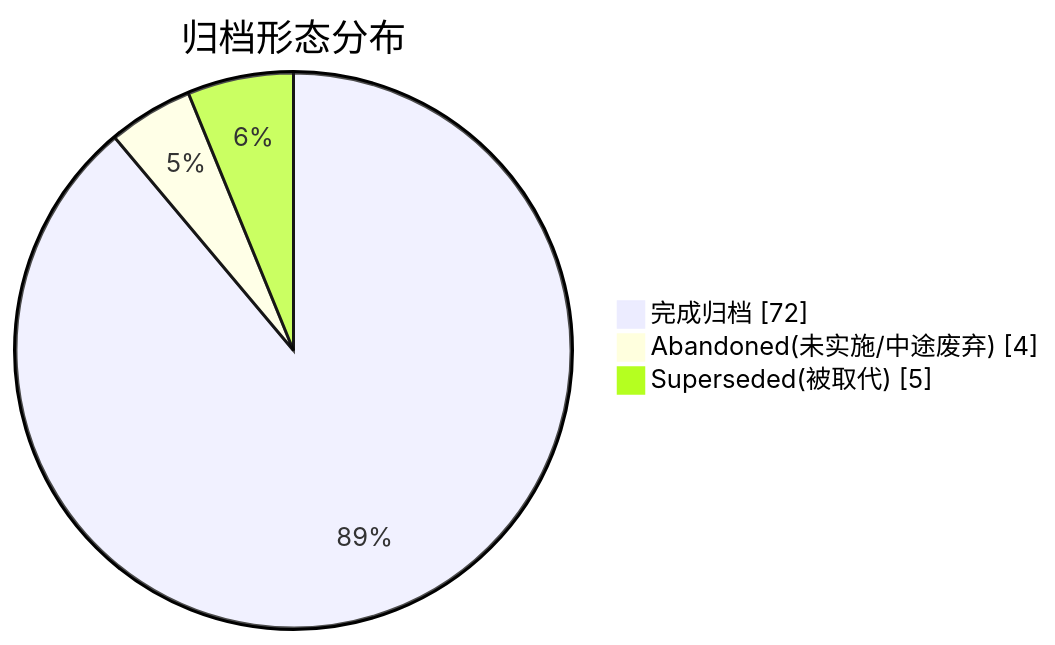
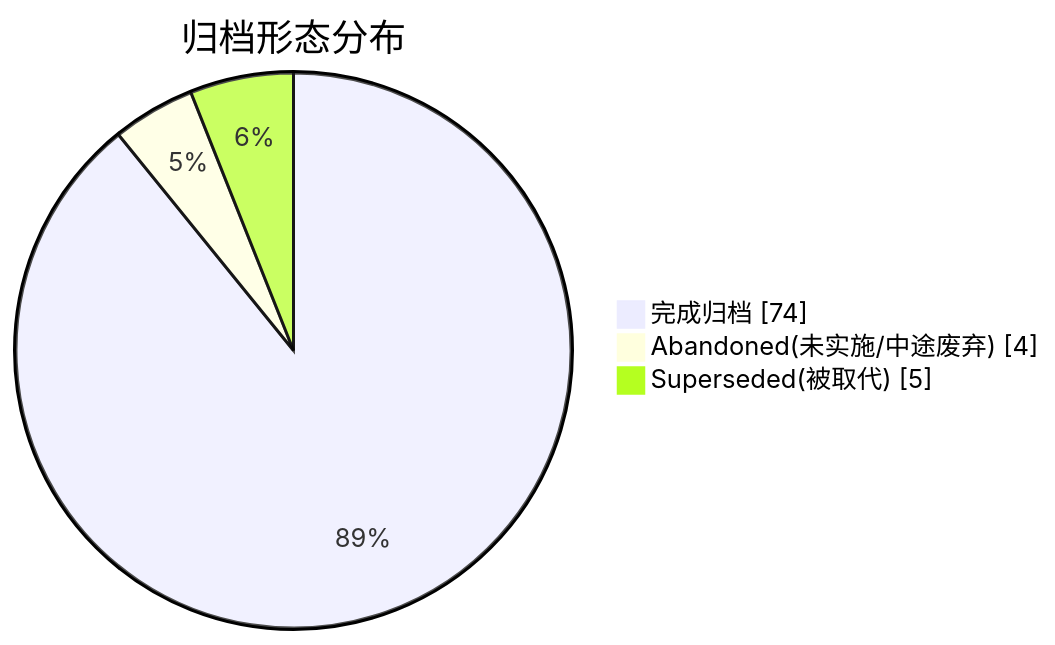
The second of 2 diagrams in docs/superpowers/ARCHIVE.md (golddream-y/obsidian-ratel), drawn with Mermaid before and after one commit. The commit also changed other lines of this file and 21 other files, not shown here.

````diff
--- a/docs/superpowers/ARCHIVE.md
+++ b/docs/superpowers/ARCHIVE.md
@@ -24,6 +24,6 @@
 ```mermaid
 pie showData title 归档形态分布
-    "完成归档" : 72
+    "完成归档" : 74
     "Abandoned(未实施/中途废弃)" : 4
     "Superseded(被取代)" : 5
 ```
````
